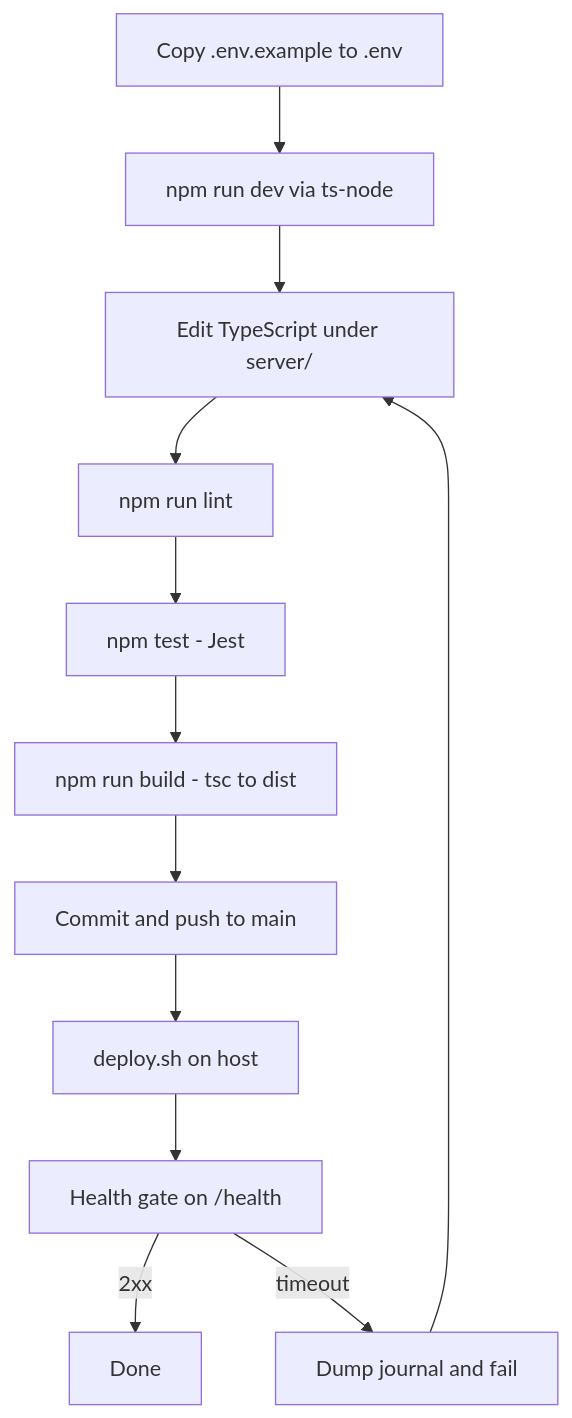
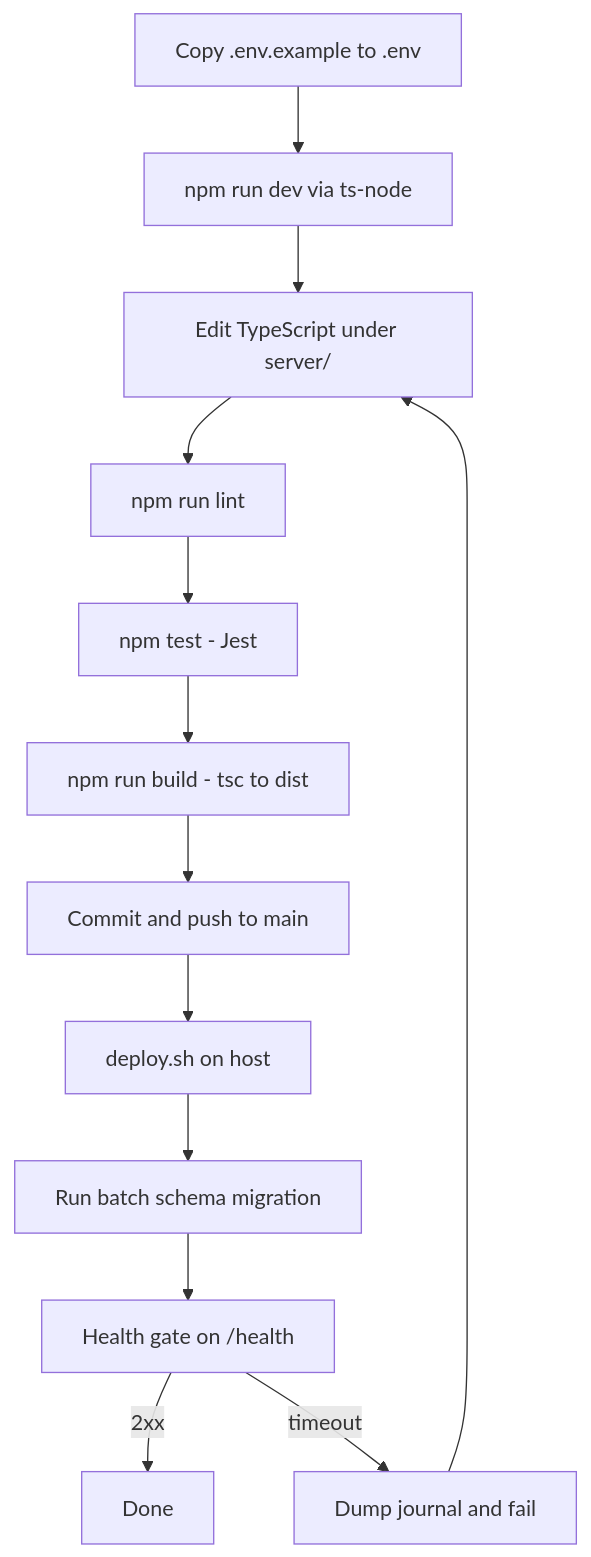
One commit to Jeffrey-Keyser/project-wiki changed the diagram in content/repos/Jeffrey-Keyser-ai-proxy/Iteration-Loop.md. Above: the diagram before and after it, drawn with Mermaid. The commit also changed other lines of this file and 4 other files, not shown here.

````diff
--- a/content/repos/Jeffrey-Keyser-ai-proxy/Iteration-Loop.md
+++ b/content/repos/Jeffrey-Keyser-ai-proxy/Iteration-Loop.md
@@ -10,14 +10,15 @@
 ```mermaid
 flowchart TD
   A["Copy .env.example to .env"] --> B["npm run dev via ts-node"]
   B --> C["Edit TypeScript under server/"]
   C --> D["npm run lint"]
   D --> E["npm test - Jest"]
   E --> F["npm run build - tsc to dist"]
   F --> G["Commit and push to main"]
   G --> H["deploy.sh on host"]
-  H --> I["Health gate on /health"]
+  H --> H2["Run batch schema migration"]
+  H2 --> I["Health gate on /health"]
   I -->|"2xx"| J["Done"]
   I -->|"timeout"| K["Dump journal and fail"]
   K --> C
 ```
````
